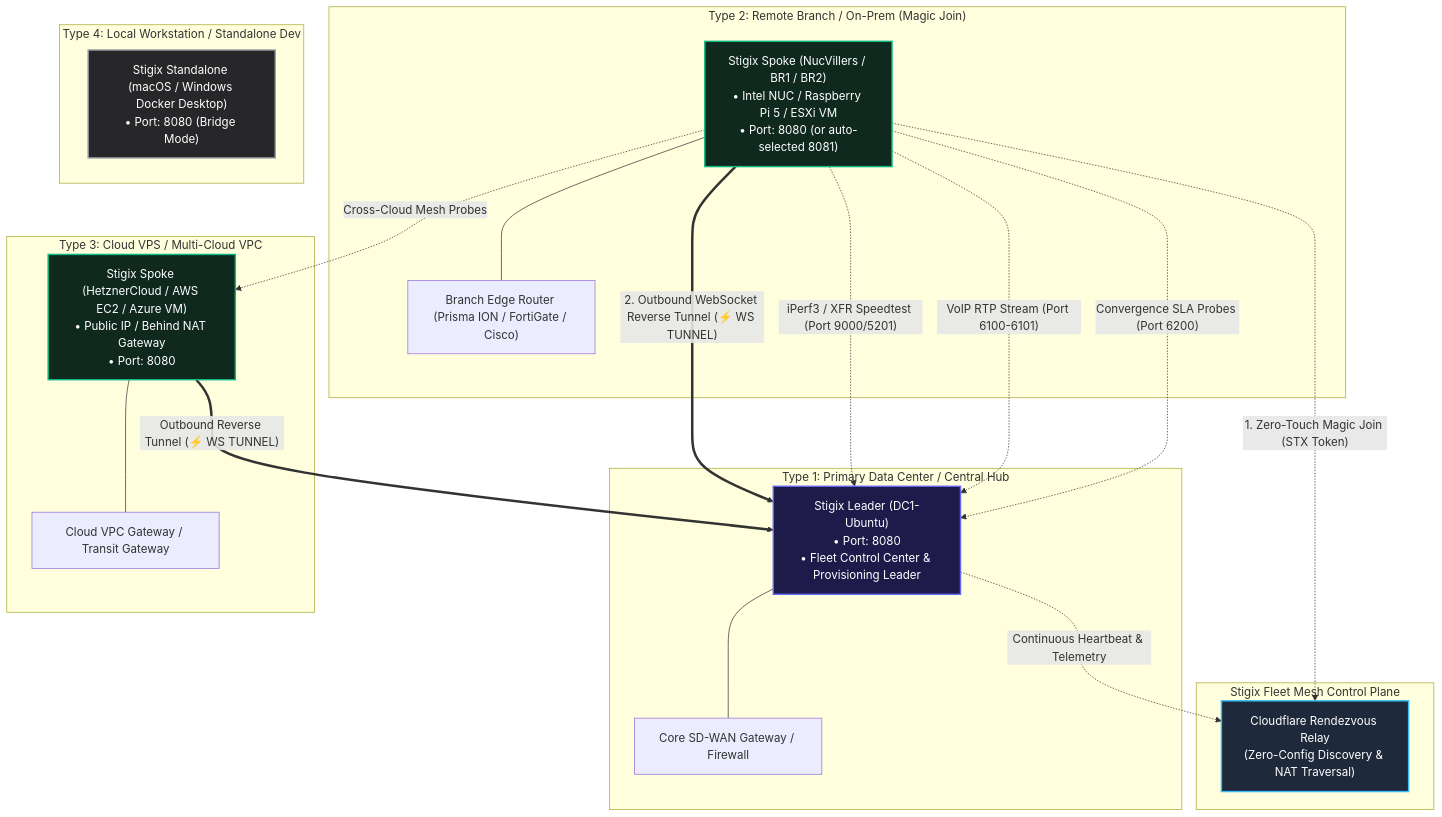
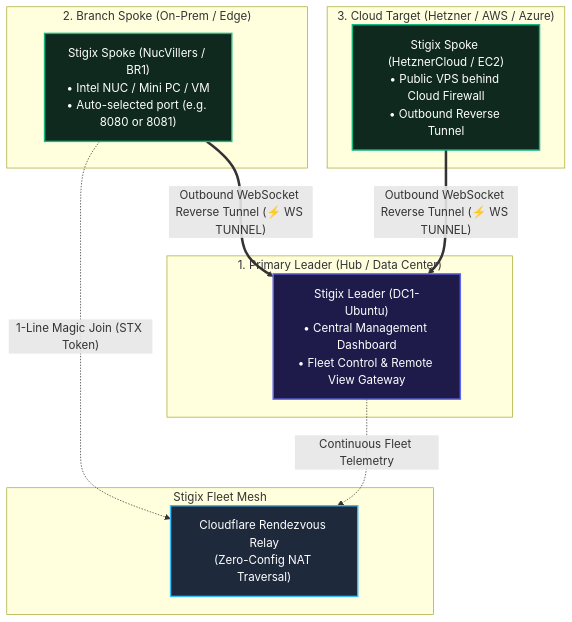
One commit to jsuzanne/stigix changed the diagram in docs/DEPLOYMENT_GUIDE.md. Above: the diagram before and after it, drawn with Mermaid. The commit also changed other lines of this file, not shown here.

Commit message:
docs: streamline DEPLOYMENT_GUIDE.md to focus on zero-touch 1-line curl onboarding without manual compose

````diff
--- a/docs/DEPLOYMENT_GUIDE.md
+++ b/docs/DEPLOYMENT_GUIDE.md
@@ -15,50 +15,32 @@
 ```mermaid
 graph TD
-    subgraph ControlPlane ["Stigix Fleet Mesh Control Plane"]
-        Cloudflare["Cloudflare Rendezvous Relay<br/>(Zero-Config Discovery & NAT Traversal)"]
+    subgraph Mesh ["Stigix Fleet Mesh"]
+        Cloudflare["Cloudflare Rendezvous Relay<br/>(Zero-Config NAT Traversal)"]
     end
 
-    subgraph DC ["Type 1: Primary Data Center / Central Hub"]
-        Leader["Stigix Leader (DC1-Ubuntu)<br/>• Port: 8080<br/>• Fleet Control Center & Provisioning Leader"]
-        RouterDC["Core SD-WAN Gateway / Firewall"]
-        Leader --- RouterDC
+    subgraph DC ["1. Primary Leader (Hub / Data Center)"]
+        Leader["Stigix Leader (DC1-Ubuntu)<br/>• Central Management Dashboard<br/>• Fleet Control & Remote View Gateway"]
     end
 
-    subgraph OnPrem ["Type 2: Remote Branch / On-Prem (Magic Join)"]
-        BranchNUC["Stigix Spoke (NucVillers / BR1 / BR2)<br/>• Intel NUC / Raspberry Pi 5 / ESXi VM<br/>• Port: 8080 (or auto-selected 8081)"]
-        RouterBranch["Branch Edge Router (Prisma ION / FortiGate / Cisco)"]
-        BranchNUC --- RouterBranch
+    subgraph Branch ["2. Branch Spoke (On-Prem / Edge)"]
+        NUC["Stigix Spoke (NucVillers / BR1)<br/>• Intel NUC / Mini PC / VM<br/>• Auto-selected port (e.g. 8080 or 8081)"]
     end
 
-    subgraph Cloud ["Type 3: Cloud VPS / Multi-Cloud VPC"]
-        CloudSpoke["Stigix Spoke (HetznerCloud / AWS EC2 / Azure VM)<br/>• Public IP / Behind NAT Gateway<br/>• Port: 8080"]
-        CloudGW["Cloud VPC Gateway / Transit Gateway"]
-        CloudSpoke --- CloudGW
+    subgraph Cloud ["3. Cloud Target (Hetzner / AWS / Azure)"]
+        CloudNode["Stigix Spoke (HetznerCloud / EC2)<br/>• Public VPS behind Cloud Firewall<br/>• Outbound Reverse Tunnel"]
     end
 
-    subgraph LocalDev ["Type 4: Local Workstation / Standalone Dev"]
-        MacNode["Stigix Standalone (macOS / Windows Docker Desktop)<br/>• Port: 8080 (Bridge Mode)"]
-    end
-
-    %% Tunnels & Communication
-    BranchNUC -. "1. Zero-Touch Magic Join (STX Token)" .-> Cloudflare
-    BranchNUC == "2. Outbound WebSocket Reverse Tunnel (⚡ WS TUNNEL)" ==> Leader
-    CloudSpoke == "Outbound Reverse Tunnel (⚡ WS TUNNEL)" ==> Leader
-    Leader -. "Continuous Heartbeat & Telemetry" .-> Cloudflare
-
-    %% Test Data Traffic Flows
-    BranchNUC -. "iPerf3 / XFR Speedtest (Port 9000/5201)" .-> Leader
-    BranchNUC -. "VoIP RTP Stream (Port 6100-6101)" .-> Leader
-    BranchNUC -. "Convergence SLA Probes (Port 6200)" .-> Leader
-    BranchNUC -. "Cross-Cloud Mesh Probes" .-> CloudSpoke
+    %% Mesh Links
+    NUC -. "1-Line Magic Join (STX Token)" .-> Cloudflare
+    NUC == "Outbound WebSocket Reverse Tunnel (⚡ WS TUNNEL)" ==> Leader
+    CloudNode == "Outbound WebSocket Reverse Tunnel (⚡ WS TUNNEL)" ==> Leader
+    Leader -. "Continuous Fleet Telemetry" .-> Cloudflare
 
     classDef leaderStyle fill:#1e1b4b,stroke:#6366f1,stroke-width:2px,color:#fff;
     classDef spokeStyle fill:#0f291e,stroke:#10b981,stroke-width:2px,color:#fff;
     classDef cloudStyle fill:#1e293b,stroke:#38bdf8,stroke-width:2px,color:#fff;
-    classDef devStyle fill:#27272a,stroke:#a1a1aa,stroke-width:2px,color:#fff;
 
     class Leader leaderStyle;
-    class BranchNUC,CloudSpoke spokeStyle;
+    class NUC,CloudNode spokeStyle;
     class Cloudflare cloudStyle;
-    class MacNode devStyle;
 ```
````
